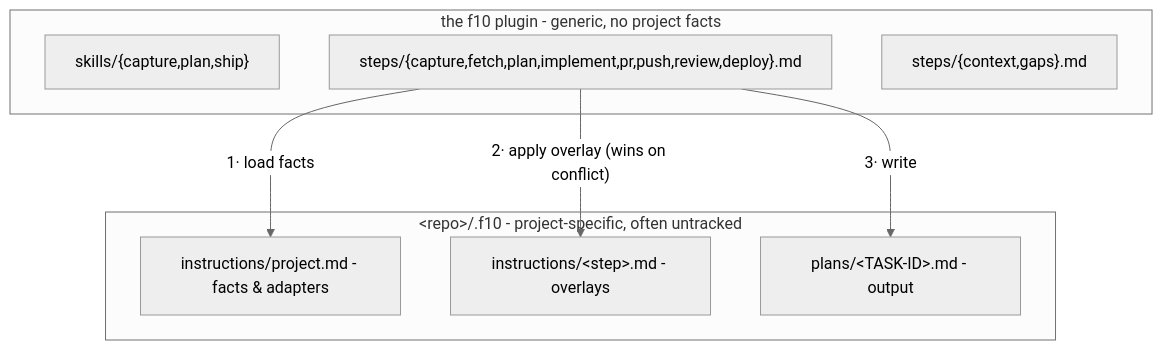
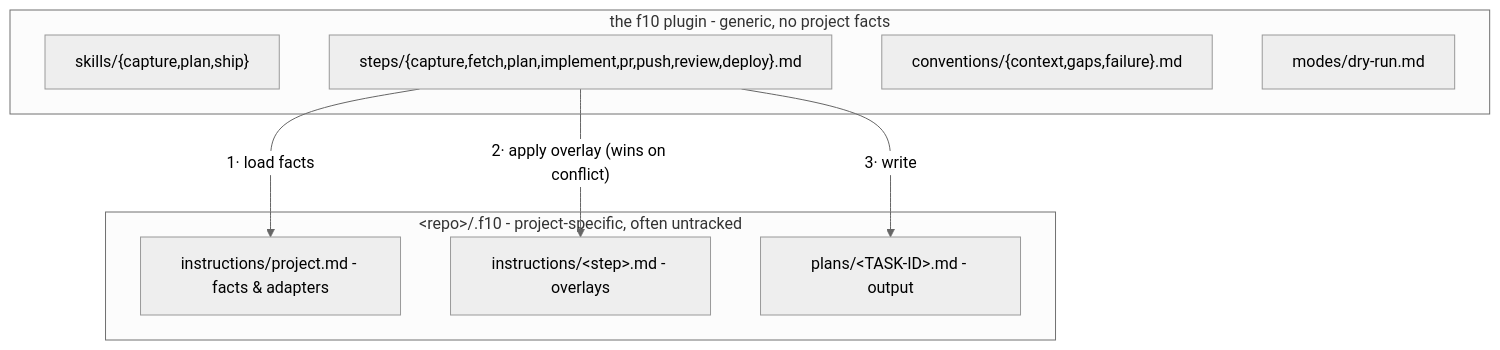
One commit to amberpixels/f10 changed the second of 2 diagrams in README.md. Above: the diagram before and after it, drawn with Mermaid (neutral theme). The commit also changed other lines of this file and 18 other files, not shown here.

````diff
--- a/README.md
+++ b/README.md
@@ -124,16 +128,17 @@
 ```mermaid
 flowchart TB
     subgraph plugin ["the f10 plugin - generic, no project facts"]
         skills2["skills/{capture,plan,ship}"]
         gsteps["steps/{capture,fetch,plan,implement,pr,push,review,deploy}.md"]
-        conv["steps/{context,gaps}.md"]
+        conv["conventions/{context,gaps,failure}.md"]
+        modes2["modes/dry-run.md"]
     end
     subgraph repo ["&lt;repo&gt;/.f10 - project-specific, often untracked"]
         proj["instructions/project.md - facts & adapters"]
         over["instructions/&lt;step&gt;.md - overlays"]
         plans2["plans/&lt;TASK-ID&gt;.md - output"]
     end
     gsteps -- "1· load facts" --> proj
     gsteps -- "2· apply overlay (wins on conflict)" --> over
     gsteps -- "3· write" --> plans2
 ```
````
